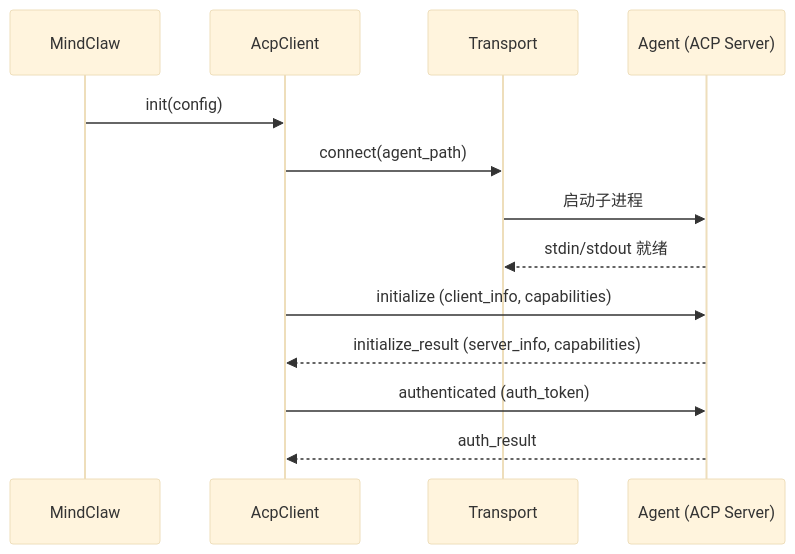
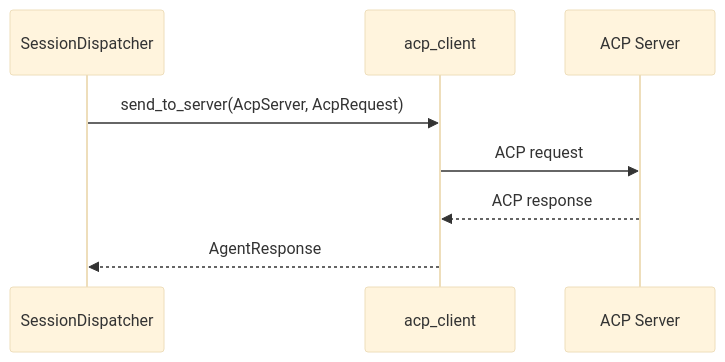
Before and after one commit to zhuxining/MindClaw: the first of 2 diagrams in docs/architecture/30-acp-client.md, drawn with Mermaid (base theme). The commit also changed other lines of this file and 17 other files, not shown here.

````diff
--- a/docs/architecture/30-acp-client.md
+++ b/docs/architecture/30-acp-client.md
@@ -86,16 +57,11 @@
 ```mermaid
 sequenceDiagram
-    participant MC as MindClaw
-    participant AC as AcpClient
-    participant TR as Transport
-    participant AG as Agent (ACP Server)
+    participant SD as SessionDispatcher
+    participant AC as acp_client
+    participant AS as ACP Server
 
-    MC->>AC: init(config)
-    AC->>TR: connect(agent_path)
-    TR->>AG: 启动子进程
-    AG-->>TR: stdin/stdout 就绪
-    AC->>AG: initialize (client_info, capabilities)
-    AG-->>AC: initialize_result (server_info, capabilities)
-    AC->>AG: authenticated (auth_token)
-    AG-->>AC: auth_result
+    SD->>AC: send_to_server(AcpServer, AcpRequest)
+    AC->>AS: ACP request
+    AS-->>AC: ACP response
+    AC-->>SD: AgentResponse
 ```
````
